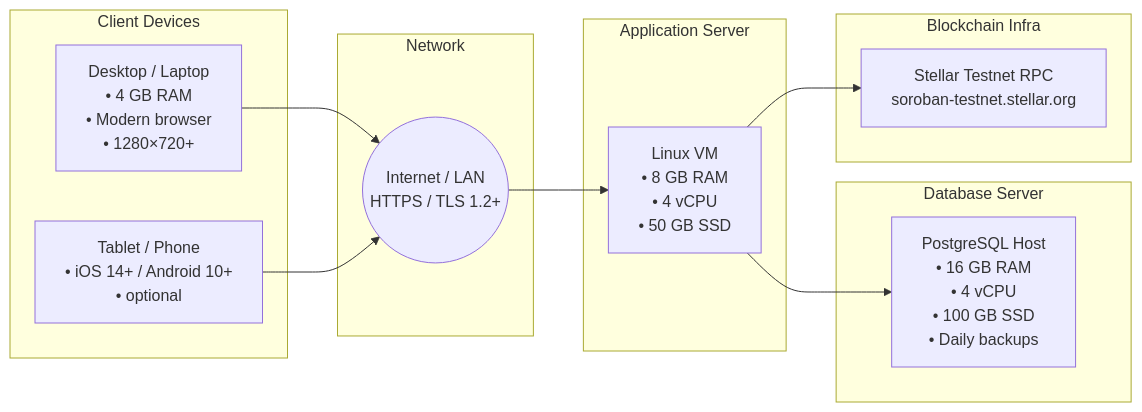
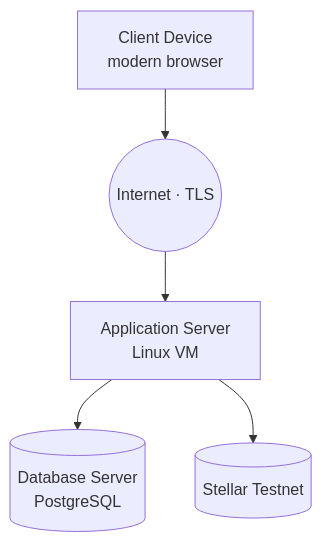
One commit to justrhey/capstone changed the third of 9 diagrams in ehr-blockchain/docs/chapter3-diagrams.md. Above: the diagram before and after it, drawn with Mermaid. The commit also changed other lines of this file and 173 other files, not shown here.

````diff
--- a/ehr-blockchain/docs/chapter3-diagrams.md
+++ b/ehr-blockchain/docs/chapter3-diagrams.md
@@ -70,29 +60,12 @@
 ```mermaid
-flowchart LR
-    subgraph CLIENT["Client Devices"]
-        PC[Desktop / Laptop<br/>• 4 GB RAM<br/>• Modern browser<br/>• 1280×720+]
-        MOB[Tablet / Phone<br/>• iOS 14+ / Android 10+<br/>• optional]
-    end
+flowchart TB
+    CLIENT[Client Device<br/>modern browser]
+    NET((Internet · TLS))
+    SRV[Application Server<br/>Linux VM]
+    DB[(Database Server<br/>PostgreSQL)]
+    CHAIN[(Stellar Testnet)]
 
-    subgraph NET["Network"]
-        INT((Internet / LAN<br/>HTTPS / TLS 1.2+))
-    end
-
-    subgraph APP["Application Server"]
-        SRV[Linux VM<br/>• 8 GB RAM<br/>• 4 vCPU<br/>• 50 GB SSD]
-    end
-
-    subgraph DB["Database Server"]
-        DBS[PostgreSQL Host<br/>• 16 GB RAM<br/>• 4 vCPU<br/>• 100 GB SSD<br/>• Daily backups]
-    end
-
-    subgraph CHAIN["Blockchain Infra"]
-        RPC[Stellar Testnet RPC<br/>soroban-testnet.stellar.org]
-    end
-
-    PC --> INT
-    MOB --> INT
-    INT --> SRV
-    SRV --> DBS
-    SRV --> RPC
+    CLIENT --> NET --> SRV
+    SRV --> DB
+    SRV --> CHAIN
 ```
````
